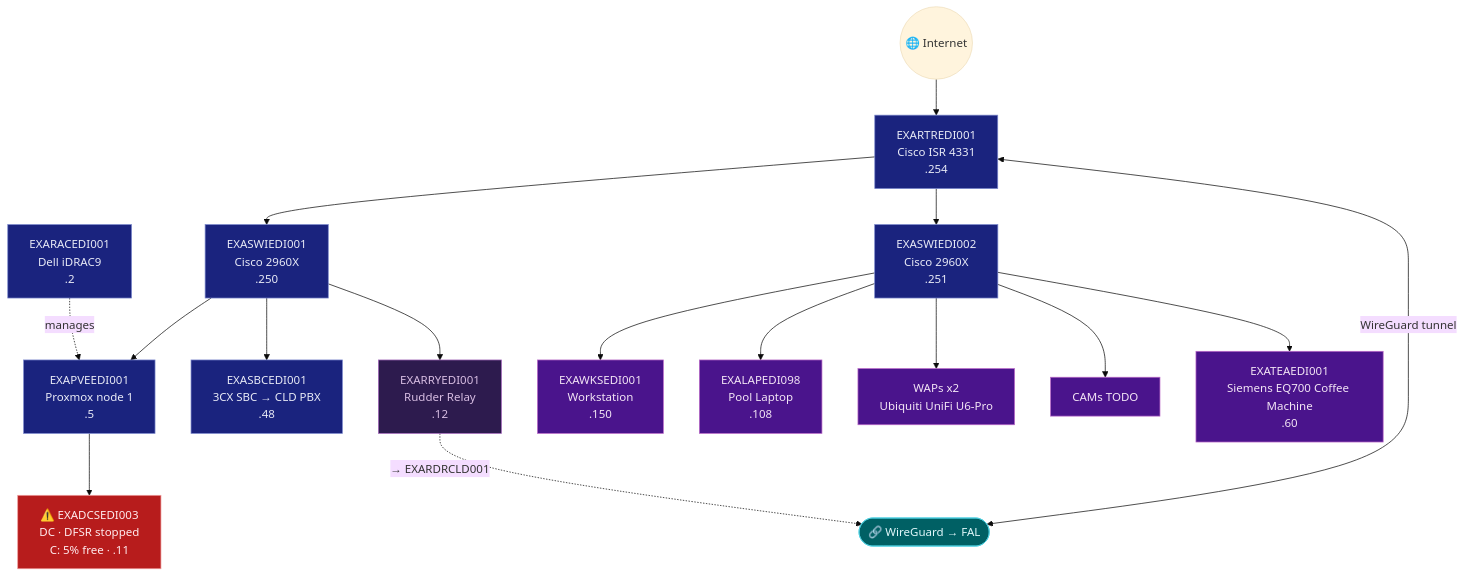
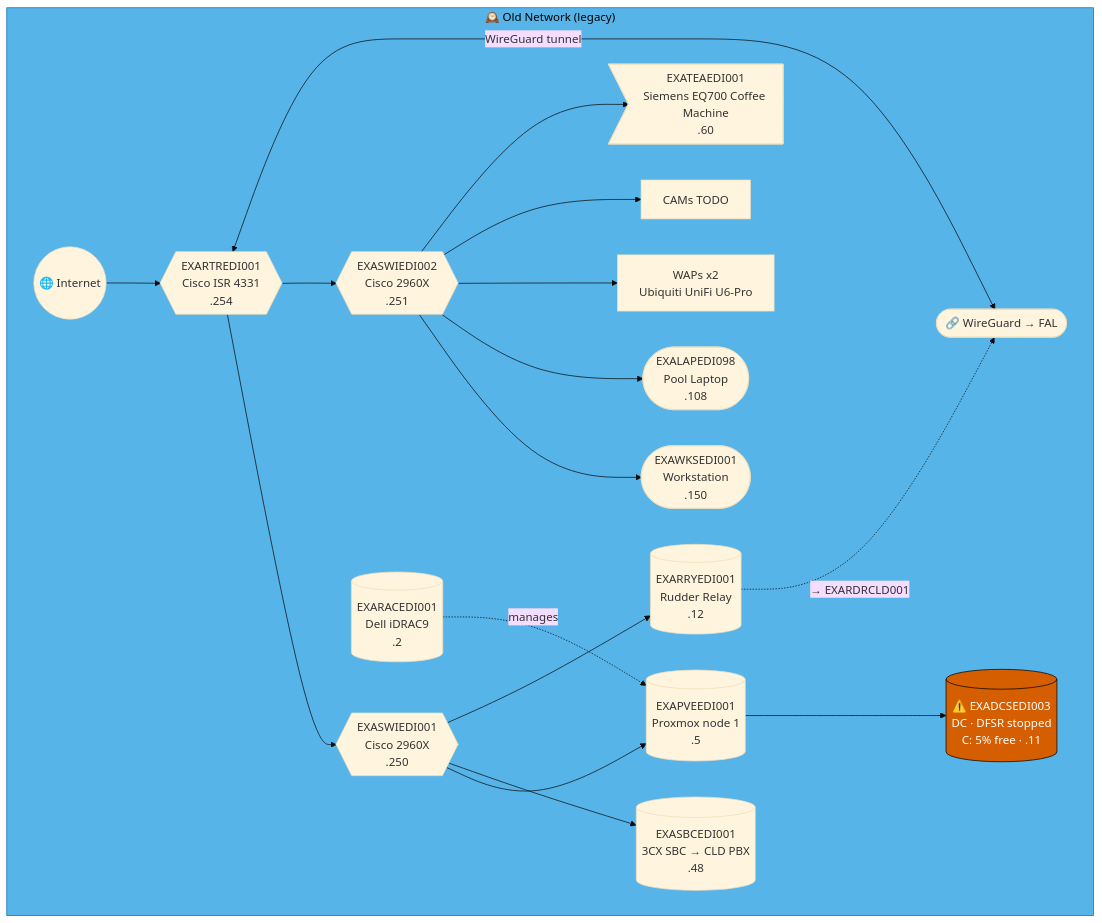
Before and after one commit to knightmare2600/example_music_infra: the third of 47 diagrams in docs/network-diagram.md, drawn with Mermaid (base theme). The commit also changed other lines of this file and 2 other files, not shown here.

````diff
--- a/docs/network-diagram.md
+++ b/docs/network-diagram.md
@@ -256,40 +272,33 @@
 ```mermaid
 graph TD
-    INET(("🌐 Internet"))
-    RTR["EXARTREDI001<br/>Cisco ISR 4331<br/>.254"]
-    SW1["EXASWIEDI001<br/>Cisco 2960X<br/>.250"]
-    SW2["EXASWIEDI002<br/>Cisco 2960X<br/>.251"]
-    RAC["EXARACEDI001<br/>Dell iDRAC9<br/>.2"]
-    PVE["EXAPVEEDI001<br/>Proxmox node 1<br/>.5"]
-    DC["⚠️ EXADCSEDI003<br/>DC · DFSR stopped<br/>C: 5% free · .11"]
-    SBC["EXASBCEDI001<br/>3CX SBC → CLD PBX<br/>.48"]
-    RRY["EXARRYEDI001<br/>Rudder Relay<br/>.12"]
-    WKS["EXAWKSEDI001<br/>Workstation<br/>.150"]
-    LAP["EXALAPEDI098<br/>Pool Laptop<br/>.108"]
-    WAP["WAPs x2<br/>Ubiquiti UniFi U6-Pro"]
-    CAM["CAMs TODO"]
-    COF["EXATEAEDI001<br/>Siemens EQ700 Coffee Machine<br/>.60"]
-    VPN(["🔗 WireGuard → FAL"])
+    subgraph OLD_EDI ["🕰️ Old Network (legacy)"]
+      INET(("🌐 Internet"))
+      RTR{{"EXARTREDI001<br/>Cisco ISR 4331<br/>.254"}}
+      SW1{{"EXASWIEDI001<br/>Cisco 2960X<br/>.250"}}
+      SW2{{"EXASWIEDI002<br/>Cisco 2960X<br/>.251"}}
+      RAC[("EXARACEDI001<br/>Dell iDRAC9<br/>.2")]
+      PVE[("EXAPVEEDI001<br/>Proxmox node 1<br/>.5")]
+      DC[("⚠️ EXADCSEDI003<br/>DC · DFSR stopped<br/>C: 5% free · .11")]
+      SBC[("EXASBCEDI001<br/>3CX SBC → CLD PBX<br/>.48")]
+      RRY[("EXARRYEDI001<br/>Rudder Relay<br/>.12")]
+      WKS(["EXAWKSEDI001<br/>Workstation<br/>.150"])
+      LAP(["EXALAPEDI098<br/>Pool Laptop<br/>.108"])
+      WAP["WAPs x2<br/>Ubiquiti UniFi U6-Pro"]
+      CAM["CAMs TODO"]
+      COF>"EXATEAEDI001<br/>Siemens EQ700 Coffee Machine<br/>.60"]
+      VPN(["🔗 WireGuard → FAL"])
 
-    INET --> RTR --> SW1 & SW2
-    SW1 --> PVE --> DC
-    SW1 --> SBC
-    RAC -.->|"manages"| PVE
-    SW2 --> WKS & LAP & WAP & CAM & COF
-    RTR <-->|"WireGuard tunnel"| VPN
+      INET --> RTR --> SW1 & SW2
+      SW1 --> PVE --> DC
+      SW1 --> SBC
+      RAC -.->|"manages"| PVE
+      SW2 --> WKS & LAP & WAP & CAM & COF
+      RTR <-->|"WireGuard tunnel"| VPN
 
-    SW1 --> RRY
-    RRY -. "→ EXARDRCLD001" .-> VPN
-    classDef net fill:#1a237e,stroke:#7986cb,color:#e8eaf6
-    classDef warn fill:#b71c1c,stroke:#ef9a9a,color:#ffebee
-    classDef srv fill:#1a237e,stroke:#7986cb,color:#e8eaf6
-    classDef ep fill:#4a148c,stroke:#ba68c8,color:#f3e5f5
-    classDef vpn fill:#006064,stroke:#4dd0e1,color:#e0f7fa
-    classDef rudder fill:#2d1b4e,stroke:#a569bd,color:#d7bde2
-    class RTR,SW1,SW2 net
+      SW1 --> RRY
+      RRY -. "→ EXARDRCLD001" .-> VPN
+    end
+    style OLD_EDI fill:#56B4E9,stroke:#0072B2,color:#000000
+    classDef warn fill:#D55E00,stroke:#000000,color:#ffffff
     class DC warn
-    class PVE,SBC,RAC srv
-    class RRY rudder
-    class WKS,LAP,WAP,CAM,COF ep
-    class VPN vpn
 ```
````
